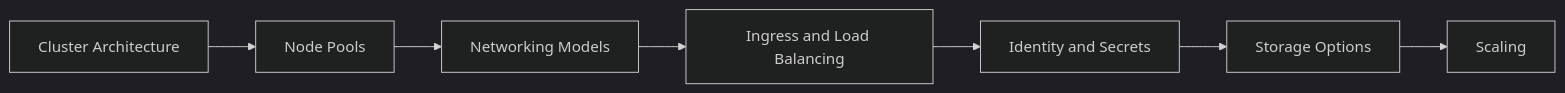
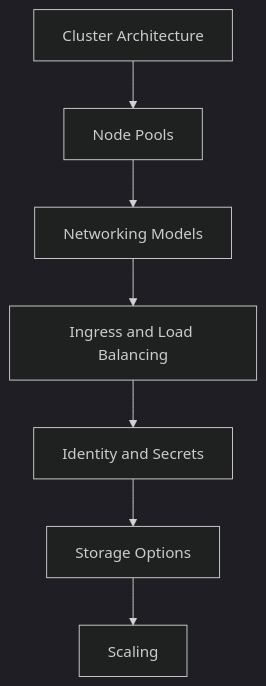
Before and after one commit to yeongseon/azure-kubernetes-service-practical-guide: the diagram in docs/platform/index.md, drawn with Mermaid (dark theme). The commit also changed 34 other files, not shown here.

First line of the commit message:
docs: convert LR diagrams to TD for readability and add orientation rule

````diff
--- a/docs/platform/index.md
+++ b/docs/platform/index.md
@@ -24,9 +24,9 @@
 ```mermaid
-graph LR
+graph TD
     A[Cluster Architecture] --> B[Node Pools]
     B --> C[Networking Models]
     C --> D[Ingress and Load Balancing]
     D --> E[Identity and Secrets]
     E --> F[Storage Options]
     F --> G[Scaling]
 ```
````
